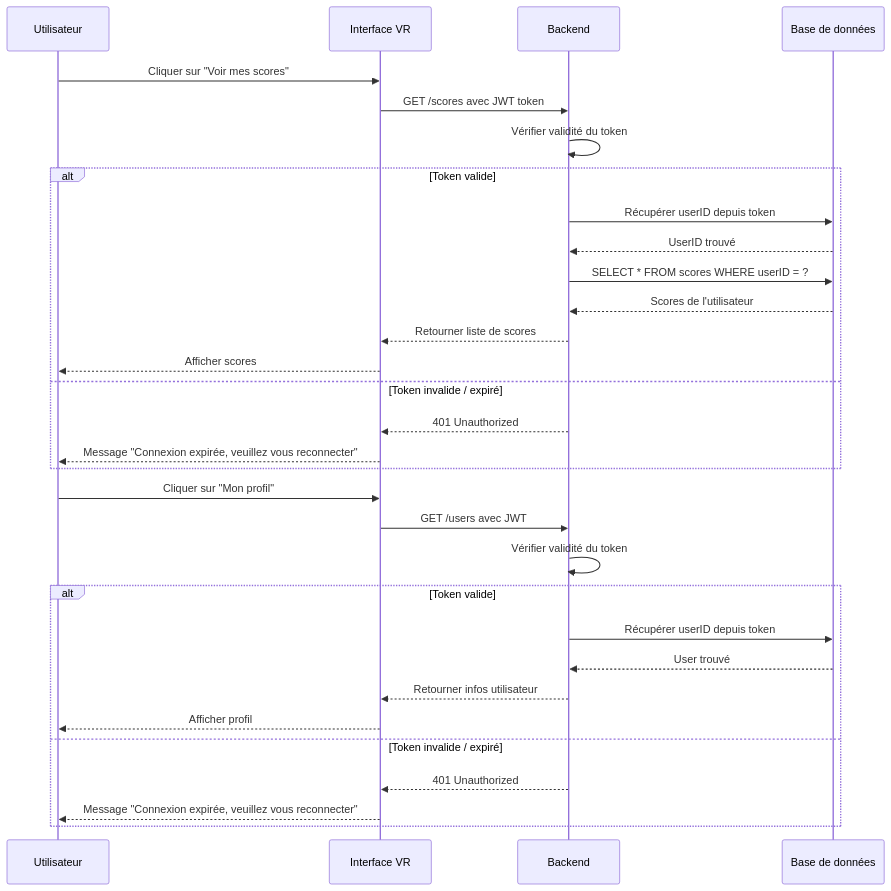
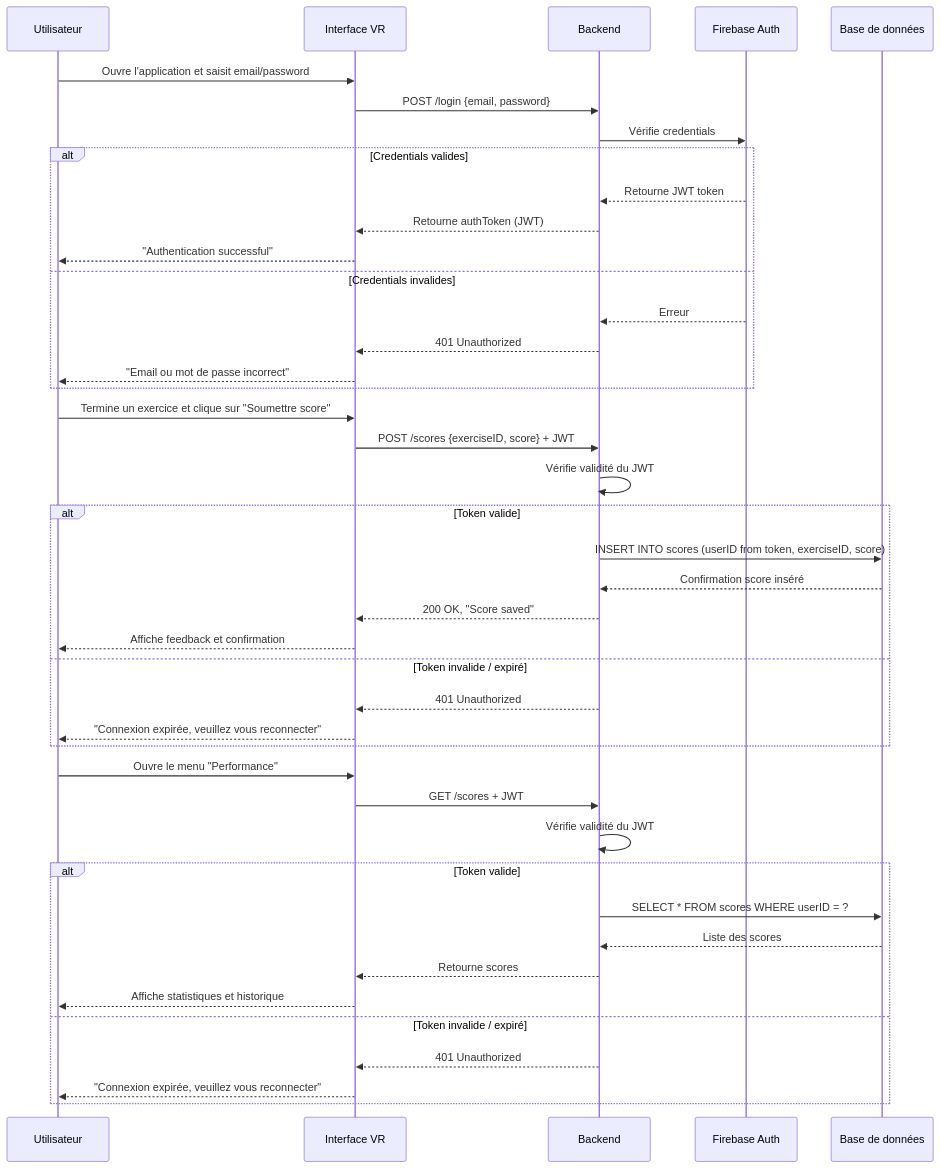
The third of 3 diagrams in portfolio-project/Technical_documentation.md (Sweetyamnesia/BrainBoostVR), drawn with Mermaid before and after one commit. The commit also changed other lines of this file, not shown here.

Commit message:
update Sequence diagram and ERD Diagram

````diff
--- a/portfolio-project/Technical_documentation.md
+++ b/portfolio-project/Technical_documentation.md
@@ -169,35 +173,56 @@
 ```mermaid
 sequenceDiagram
     participant User as Utilisateur
     participant UI as Interface VR
     participant API as Backend
+    participant Firebase as Firebase Auth
     participant DB as Base de données
 
-    User->>UI: Cliquer sur "Voir mes scores"
-    UI->>API: GET /scores avec JWT token
-    API->>API: Vérifier validité du token
+    %% =========================
+    %% Use Case 1: Login / Authentication
+    %% =========================
+    User->>UI: Ouvre l'application et saisit email/password
+    UI->>API: POST /login {email, password}
+    API->>Firebase: Vérifie credentials
+    alt Credentials valides
+        Firebase-->>API: Retourne JWT token
+        API-->>UI: Retourne authToken (JWT)
+        UI-->>User: "Authentication successful"
+    else Credentials invalides
+        Firebase-->>API: Erreur
+        API-->>UI: 401 Unauthorized
+        UI-->>User: "Email ou mot de passe incorrect"
+    end
+
+    %% =========================
+    %% Use Case 2: Completes an exercise
+    %% =========================
+    User->>UI: Termine un exercice et clique sur "Soumettre score"
+    UI->>API: POST /scores {exerciseID, score} + JWT
+    API->>API: Vérifie validité du JWT
     alt Token valide
-        API->>DB: Récupérer userID depuis token
-        DB-->>API: UserID trouvé
-        API->>DB: SELECT * FROM scores WHERE userID = ?
-        DB-->>API: Scores de l'utilisateur
-        API-->>UI: Retourner liste de scores
-        UI-->>User: Afficher scores
+        API->>DB: INSERT INTO scores (userID from token, exerciseID, score)
+        DB-->>API: Confirmation score inséré
+        API-->>UI: 200 OK, "Score saved"
+        UI-->>User: Affiche feedback et confirmation
     else Token invalide / expiré
         API-->>UI: 401 Unauthorized
-        UI-->>User: Message "Connexion expirée, veuillez vous reconnecter"
+        UI-->>User: "Connexion expirée, veuillez vous reconnecter"
     end
 
-    User->>UI: Cliquer sur "Mon profil"
-    UI->>API: GET /users avec JWT
-    API->>API: Vérifier validité du token
+    %% =========================
+    %% Use Case 3: View performance / scores
+    %% =========================
+    User->>UI: Ouvre le menu "Performance"
+    UI->>API: GET /scores + JWT
+    API->>API: Vérifie validité du JWT
     alt Token valide
-        API->>DB: Récupérer userID depuis token
-        DB-->>API: User trouvé
-        API-->>UI: Retourner infos utilisateur
-        UI-->>User: Afficher profil
+        API->>DB: SELECT * FROM scores WHERE userID = ?
+        DB-->>API: Liste des scores
+        API-->>UI: Retourne scores
+        UI-->>User: Affiche statistiques et historique
     else Token invalide / expiré
         API-->>UI: 401 Unauthorized
-        UI-->>User: Message "Connexion expirée, veuillez vous reconnecter"
+        UI-->>User: "Connexion expirée, veuillez vous reconnecter"
     end
 ```
````
